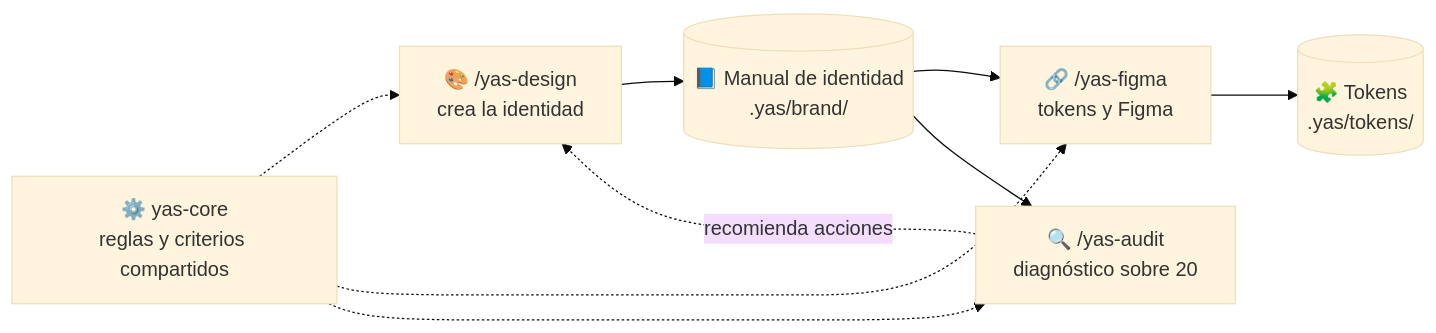
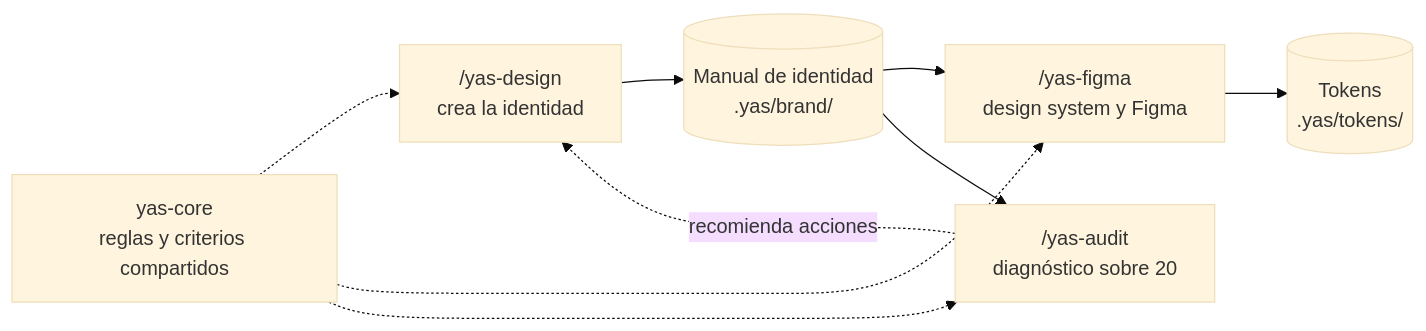
Before and after one commit to Yasmani-Vinamagua/design-system-skill: the diagram in README.md, drawn with Mermaid (base theme). The commit also changed other lines of this file and 11 other files, not shown here.

First line of the commit message:
Reorganiza /yas-figma, corrige la instalación con npx y añade licencia MIT

````diff
--- a/README.md
+++ b/README.md
@@ -28,11 +30,11 @@
 ```mermaid
 flowchart LR
-    A["🎨 /yas-design<br/>crea la identidad"] --> M[("📘 Manual de identidad<br/>.yas/brand/")]
-    M --> B["🔗 /yas-figma<br/>tokens y Figma"]
-    M --> C["🔍 /yas-audit<br/>diagnóstico sobre 20"]
-    B --> T[("🧩 Tokens<br/>.yas/tokens/")]
+    A["/yas-design<br/>crea la identidad"] --> M[("Manual de identidad<br/>.yas/brand/")]
+    M --> B["/yas-figma<br/>design system y Figma"]
+    M --> C["/yas-audit<br/>diagnóstico sobre 20"]
+    B --> T[("Tokens<br/>.yas/tokens/")]
     C -. recomienda acciones .-> A
-    K["⚙️ yas-core<br/>reglas y criterios compartidos"] -.-> A
+    K["yas-core<br/>reglas y criterios compartidos"] -.-> A
     K -.-> B
     K -.-> C
 ```
````
